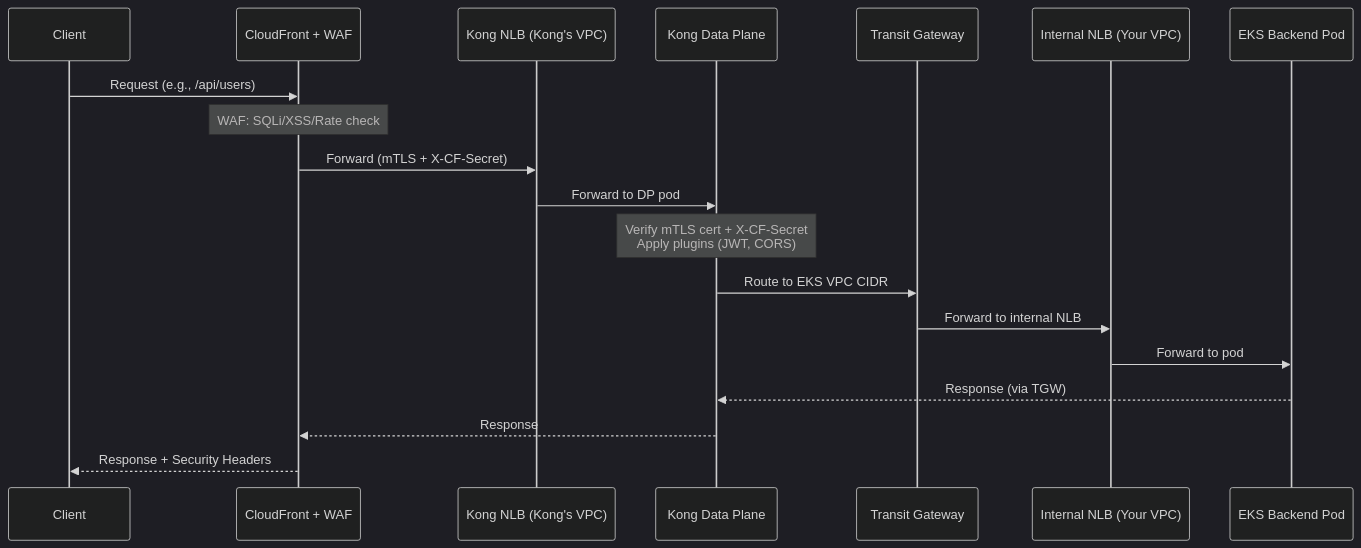
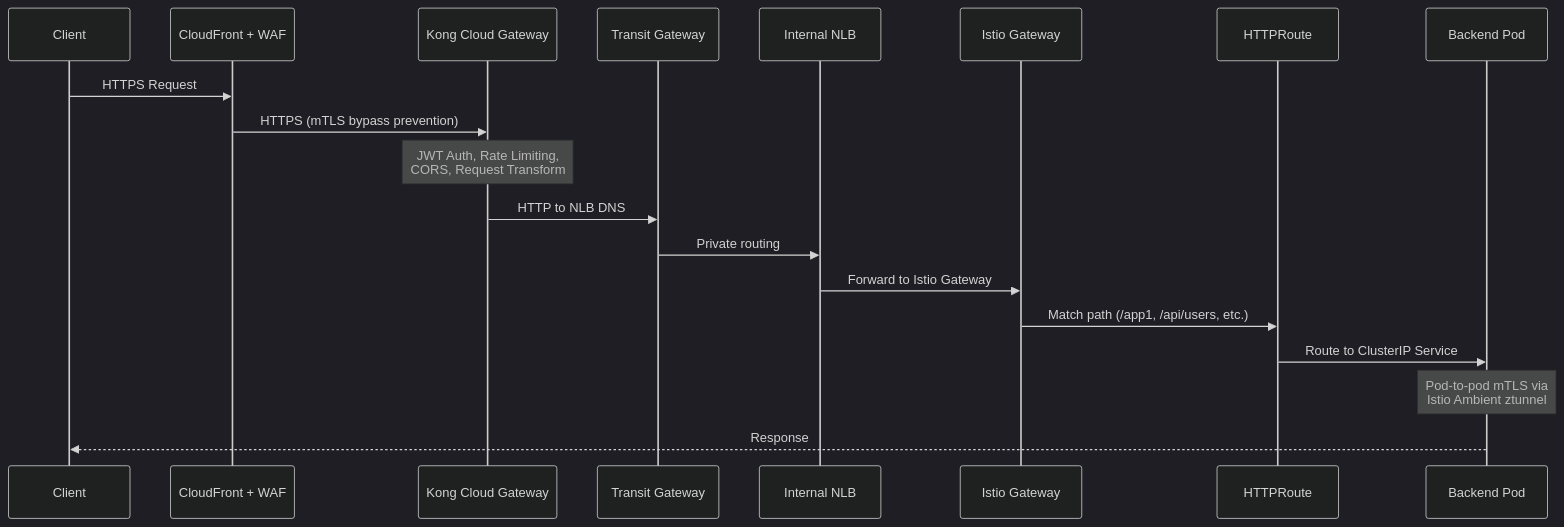
The second of 3 diagrams in README.md (shanaka-versent/Kong-Konnect-Cloud-Gateway-on-EKS), drawn with Mermaid (dark theme) before and after one commit. The commit also changed other lines of this file and 35 other files, not shown here.

First line of the commit message:
Replace per-service NLBs with Istio Gateway API (Ambient) for single entry point routing

````diff
--- a/README.md
+++ b/README.md
@@ -89,22 +63,22 @@
 ```mermaid
 sequenceDiagram
-    participant Client
+    participant C as Client
     participant CF as CloudFront + WAF
-    participant KongNLB as Kong NLB (Kong's VPC)
-    participant KongDP as Kong Data Plane
+    participant K as Kong Cloud Gateway
     participant TGW as Transit Gateway
-    participant IntNLB as Internal NLB (Your VPC)
-    participant EKS as EKS Backend Pod
+    participant NLB as Internal NLB
+    participant IG as Istio Gateway
+    participant HR as HTTPRoute
+    participant P as Backend Pod
 
-    Client->>CF: Request (e.g., /api/users)
-    Note over CF: WAF: SQLi/XSS/Rate check
-    CF->>KongNLB: Forward (mTLS + X-CF-Secret)
-    KongNLB->>KongDP: Forward to DP pod
-    Note over KongDP: Verify mTLS cert + X-CF-Secret<br/>Apply plugins (JWT, CORS)
-    KongDP->>TGW: Route to EKS VPC CIDR
-    TGW->>IntNLB: Forward to internal NLB
-    IntNLB->>EKS: Forward to pod
-    EKS-->>KongDP: Response (via TGW)
-    KongDP-->>CF: Response
-    CF-->>Client: Response + Security Headers
+    C->>CF: HTTPS Request
+    CF->>K: HTTPS (mTLS bypass prevention)
+    Note over K: JWT Auth, Rate Limiting,<br/>CORS, Request Transform
+    K->>TGW: HTTP to NLB DNS
+    TGW->>NLB: Private routing
+    NLB->>IG: Forward to Istio Gateway
+    IG->>HR: Match path (/app1, /api/users, etc.)
+    HR->>P: Route to ClusterIP Service
+    Note over P: Pod-to-pod mTLS via<br/>Istio Ambient ztunnel
+    P-->>C: Response
 ```
````
